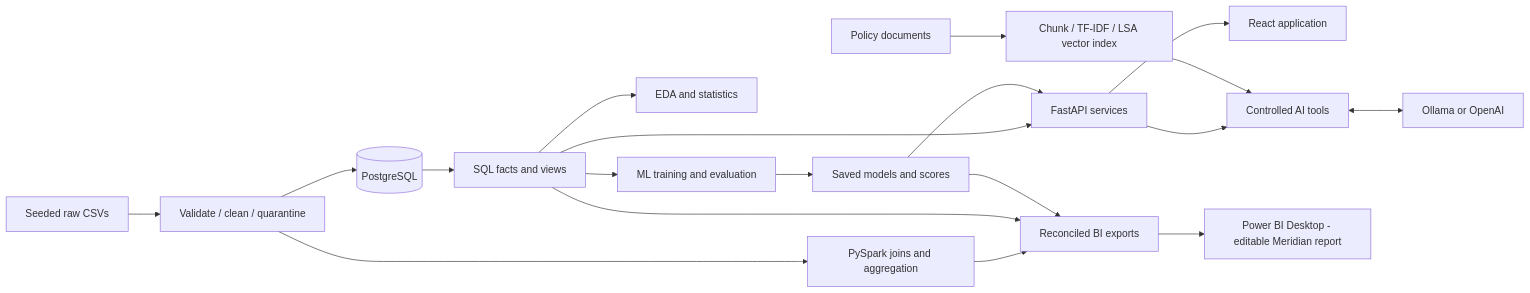
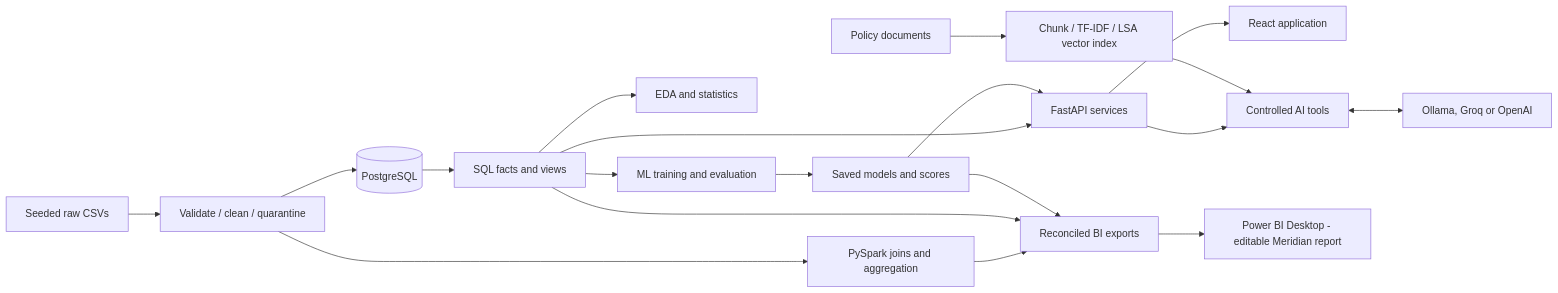
The first of 2 diagrams in README.md (shrey22-11/Meridian-Operational-Intelligence), drawn with Mermaid before and after one commit. The commit also changed other lines of this file and 7 other files, not shown here.

````diff
--- a/README.md
+++ b/README.md
@@ -34,21 +34,21 @@
 ```mermaid
 flowchart LR
   A[Seeded raw CSVs] --> B[Validate / clean / quarantine]
   B --> C[(PostgreSQL)]
   C --> D[SQL facts and views]
   D --> E[EDA and statistics]
   D --> F[ML training and evaluation]
   F --> G[Saved models and scores]
   D --> H[FastAPI services]
   G --> H
   H --> I[React application]
   H --> J[Controlled AI tools]
   K[Policy documents] --> L[Chunk / TF-IDF / LSA vector index]
   L --> J
-  J <--> M[Ollama or OpenAI]
+  J <--> M[Ollama, Groq or OpenAI]
   B --> N[PySpark joins and aggregation]
   N --> O[Reconciled BI exports]
   D --> O
   G --> O
   O --> P[Power BI Desktop - editable Meridian report]
 ```
````
